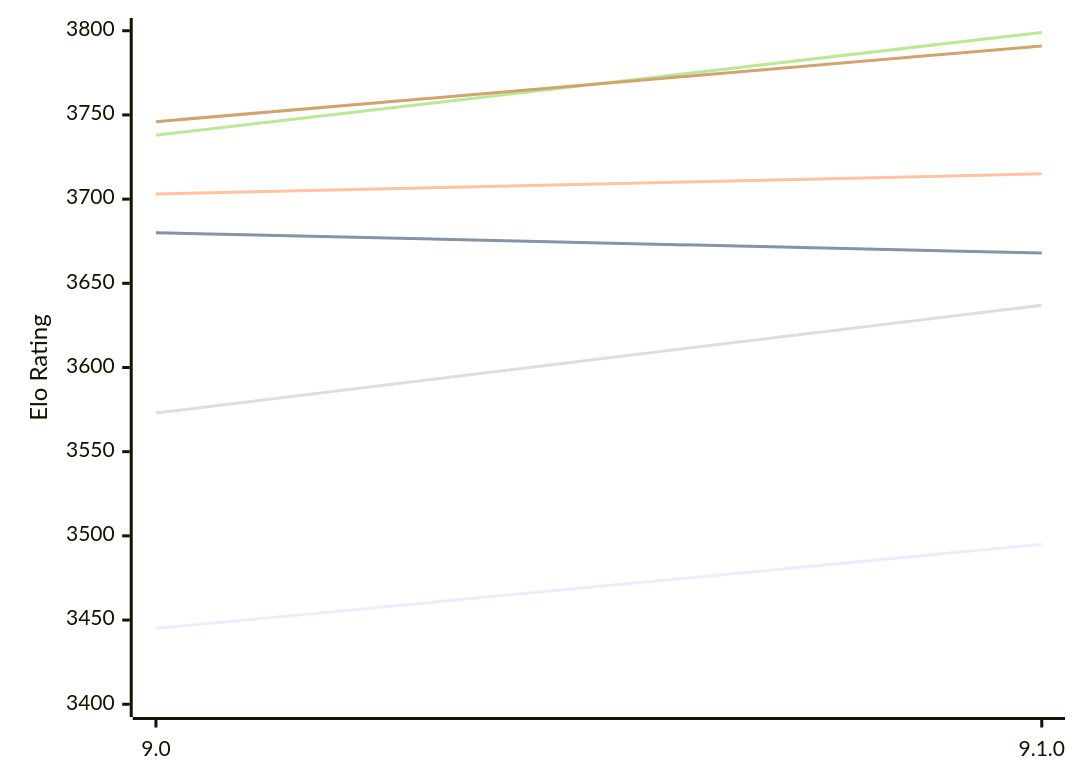
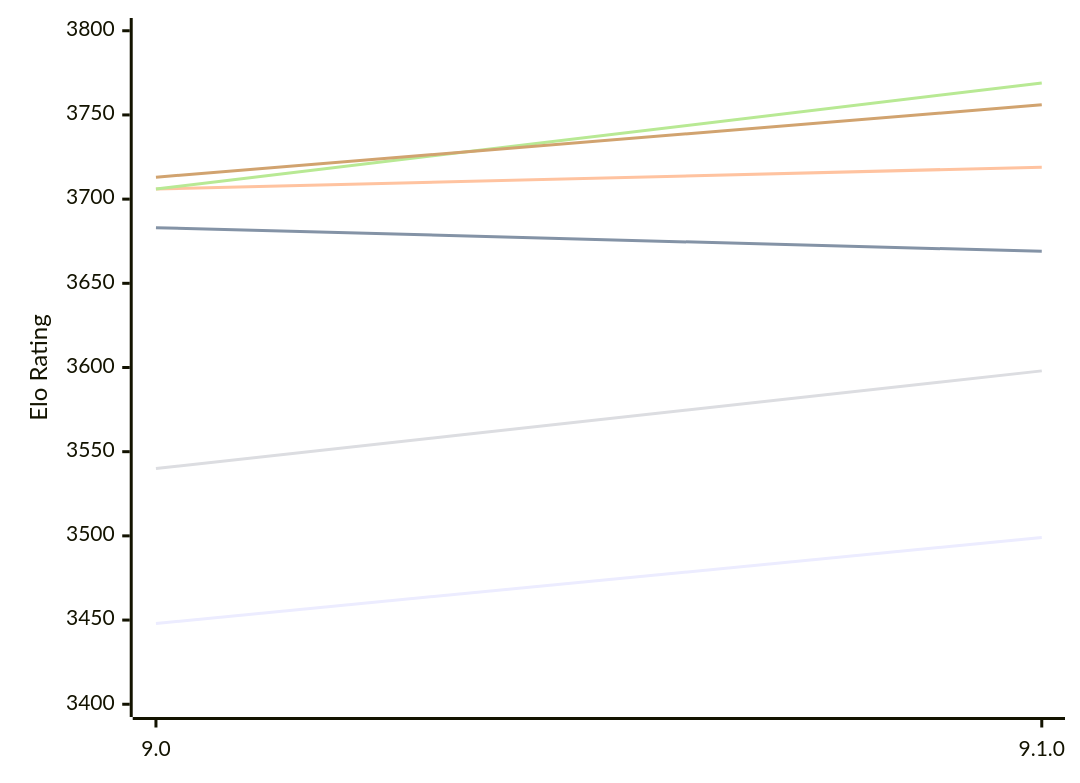
Before and after one commit to computer-chess-index/cci: the first of 2 diagrams in engines/Alexandria.md, drawn with Mermaid. The commit also changed other lines of this file, not shown here.

Commit message:
Update CCI Ratings (ELO VLTC) - 2026-10-23

````diff
--- a/engines/Alexandria.md
+++ b/engines/Alexandria.md
@@ -54,12 +54,12 @@
 ```mermaid
 %%{init: {"theme":"base","themeVariables":{"seriesColors:['#a3a3a3','#222221','#faa371']}}}%%
 xychart-beta
   x-axis ["9.0", "9.1.0"]
   y-axis "Elo Rating" 3400 --> 3800
-  line "E1: STC (8.0+0.08s)" [3445, 3495]
-  line "E1: LTC (60.0+0.60s)" [3680, 3668]
-  line "E1: VLTC (2m24s+1.12s)" [3703, 3715]
-  line "P1: STC (8.0+0.08s)" [3573, 3637]
-  line "P1: LTC (60.0+0.60s)" [3738, 3799]
-  line "P1: VLTC (2m24s+1.12s)" [3746, 3791]
+  line "E1: STC (8.0+0.08s)" [3448, 3499]
+  line "E1: LTC (60.0+0.60s)" [3683, 3669]
+  line "E1: VLTC (2m24s+1.12s)" [3706, 3719]
+  line "P1: STC (8.0+0.08s)" [3540, 3598]
+  line "P1: LTC (60.0+0.60s)" [3706, 3769]
+  line "P1: VLTC (2m24s+1.12s)" [3713, 3756]
 ```
````
